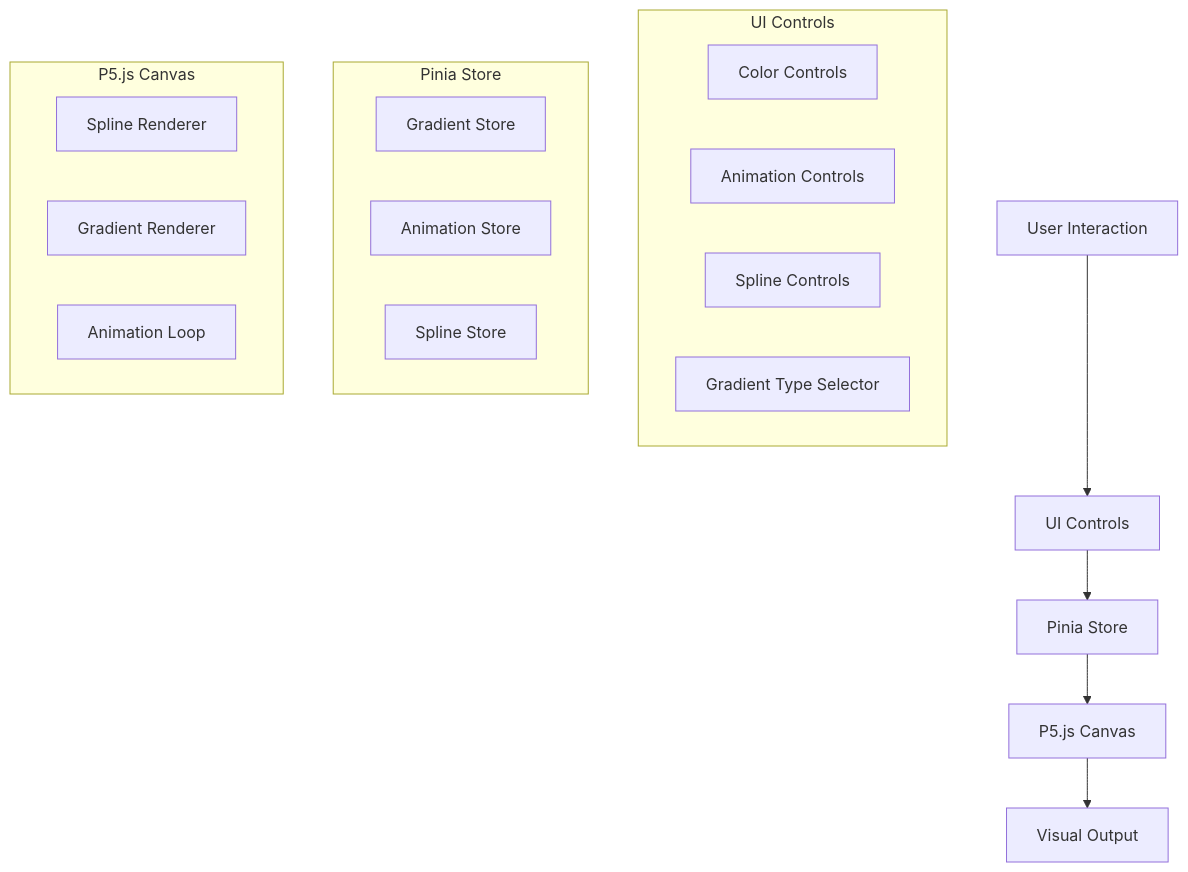
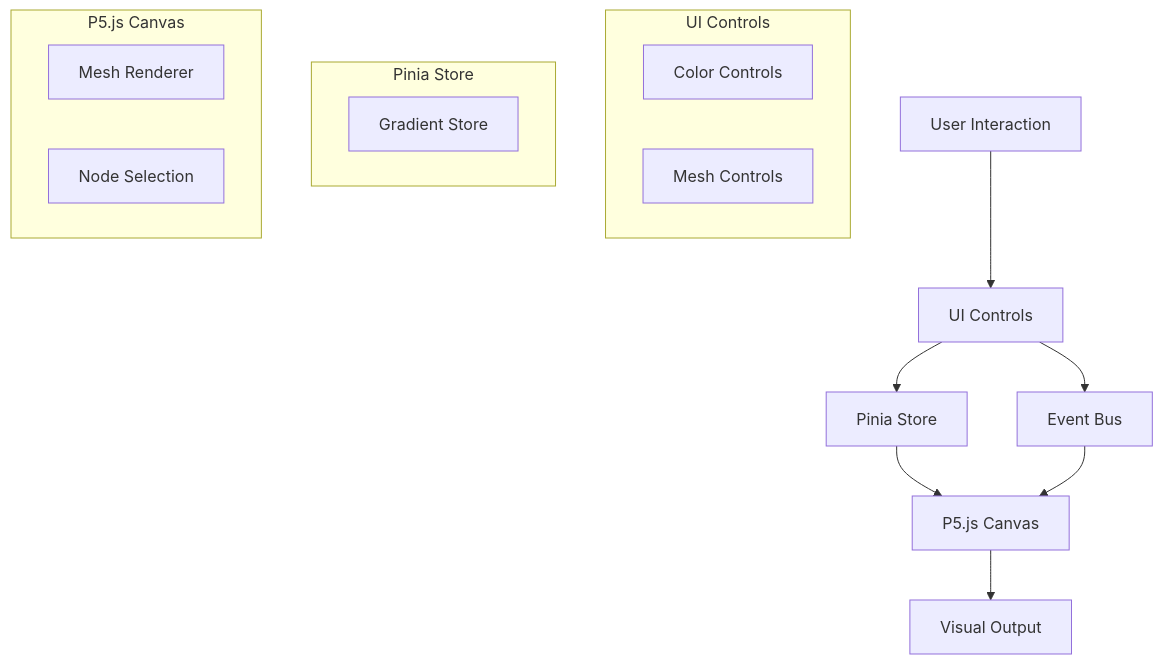
One commit to sjeibmann/Vue-P5js-Gradient-App changed the third of 4 diagrams in cline_docs/systemPatterns.md. Above: the diagram before and after it, drawn with Mermaid. The commit also changed other lines of this file and 3 other files, not shown here.

Commit message:
converting to gradient mesh

````diff
--- a/cline_docs/systemPatterns.md
+++ b/cline_docs/systemPatterns.md
@@ -229,26 +349,23 @@
 ```mermaid
 flowchart TD
     User[User Interaction] --> Controls[UI Controls]
     Controls --> Store[Pinia Store]
+    Controls --> Events[Event Bus]
     Store --> Canvas[P5.js Canvas]
+    Events --> Canvas
     Canvas --> Visualization[Visual Output]
     
     subgraph "UI Controls"
         ColorControls[Color Controls]
-        AnimationControls[Animation Controls]
-        SplineControls[Spline Controls]
-        GradientTypeSelector[Gradient Type Selector]
+        MeshControls[Mesh Controls]
     end
     
     subgraph "Pinia Store"
         GradientStore[Gradient Store]
-        AnimationStore[Animation Store]
-        SplineStore[Spline Store]
     end
     
     subgraph "P5.js Canvas"
-        SplineRenderer[Spline Renderer]
-        GradientRenderer[Gradient Renderer]
-        AnimationLoop[Animation Loop]
+        MeshRenderer[Mesh Renderer]
+        NodeSelection[Node Selection]
     end
 ```
````
